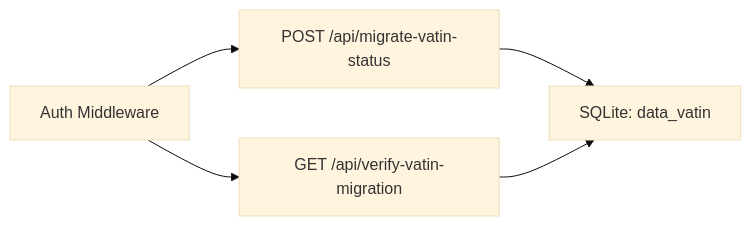
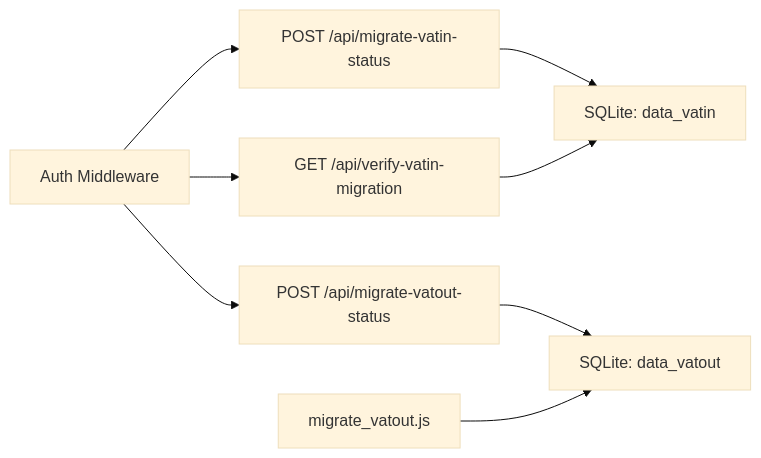
One commit to rendisiagian/TDS_by_RENDISIAGIAN changed the third of 3 diagrams in .qoder/repowiki/en/content/API Reference/REST API Endpoints/Data Migration APIs.md. Above: the diagram before and after it, drawn with Mermaid (base theme). The commit also changed other lines of this file and 96 other files, not shown here.

````diff
--- a/.qoder/repowiki/en/content/API Reference/REST API Endpoints/Data Migration APIs.md
+++ b/.qoder/repowiki/en/content/API Reference/REST API Endpoints/Data Migration APIs.md
@@ -234,7 +326,10 @@
 ```mermaid
 graph LR
-Auth["Auth Middleware"] --> Post["POST /api/migrate-vatin-status"]
-Auth --> Get["GET /api/verify-vatin-migration"]
-Post --> DB["SQLite: data_vatin"]
-Get --> DB
+Auth["Auth Middleware"] --> PostVatin["POST /api/migrate-vatin-status"]
+Auth --> PostVatout["POST /api/migrate-vatout-status"]
+Auth --> GetVerify["GET /api/verify-vatin-migration"]
+PostVatin --> DBVatin["SQLite: data_vatin"]
+PostVatout --> DBVatout["SQLite: data_vatout"]
+GetVerify --> DBVatin
+Script["migrate_vatout.js"] --> DBVatout
 ```
````
